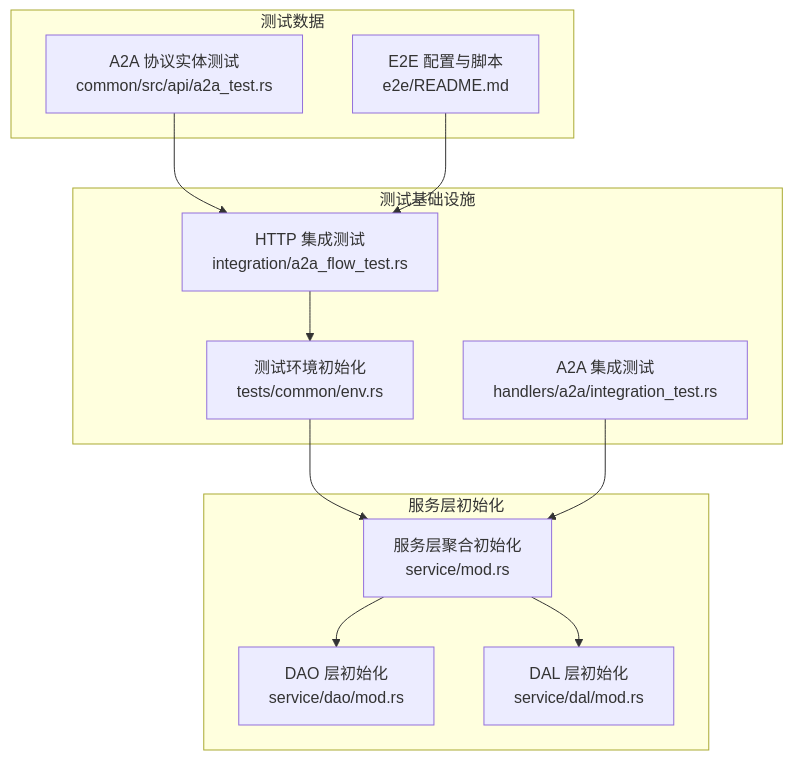
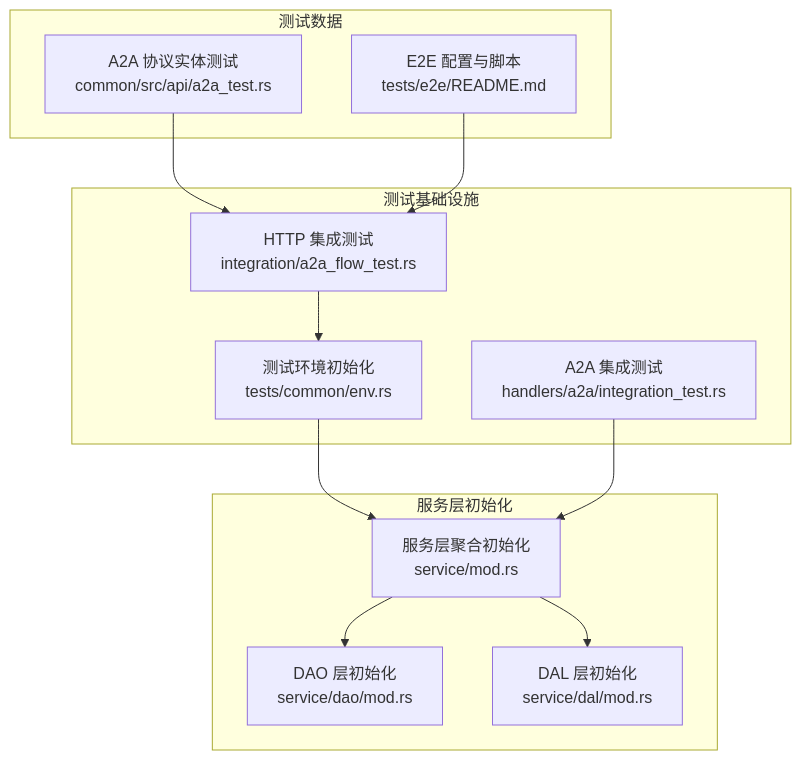
The first of 5 diagrams in docs/wiki/zh/content/测试指南/端到端测试基础设施.md (runningcoders/ai_orz), drawn with Mermaid before and after one commit. The commit also changed other lines of this file and 17 other files, not shown here.

````diff
--- a/docs/wiki/zh/content/测试指南/端到端测试基础设施.md
+++ b/docs/wiki/zh/content/测试指南/端到端测试基础设施.md
@@ -45,24 +45,24 @@
 ```mermaid
 graph TB
 subgraph "测试基础设施"
 A["测试环境初始化<br/>tests/common/env.rs"]
 B["A2A 集成测试<br/>handlers/a2a/integration_test.rs"]
 C["HTTP 集成测试<br/>integration/a2a_flow_test.rs"]
 end
 subgraph "服务层初始化"
 D["服务层聚合初始化<br/>service/mod.rs"]
 E["DAO 层初始化<br/>service/dao/mod.rs"]
 F["DAL 层初始化<br/>service/dal/mod.rs"]
 end
 subgraph "测试数据"
 G["A2A 协议实体测试<br/>common/src/api/a2a_test.rs"]
-H["E2E 配置与脚本<br/>e2e/README.md"]
+H["E2E 配置与脚本<br/>tests/e2e/README.md"]
 end
 A --> D
 B --> D
 C --> A
 D --> E
 D --> F
 G --> C
 H --> C
 ```
````
